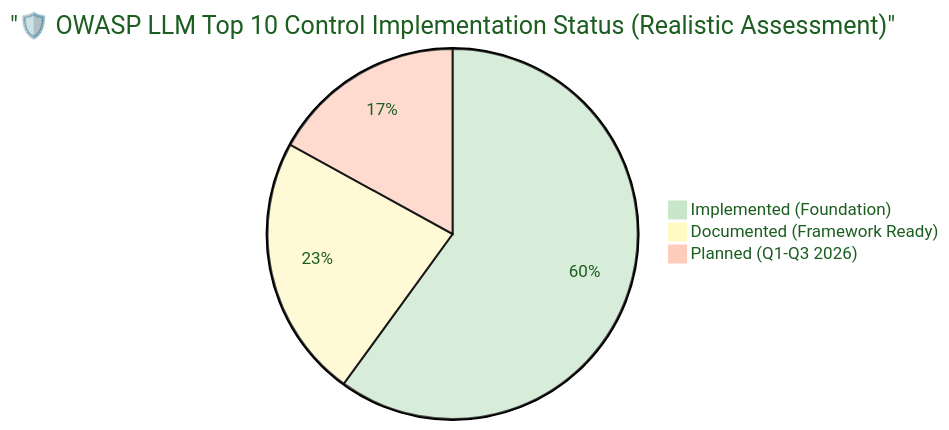
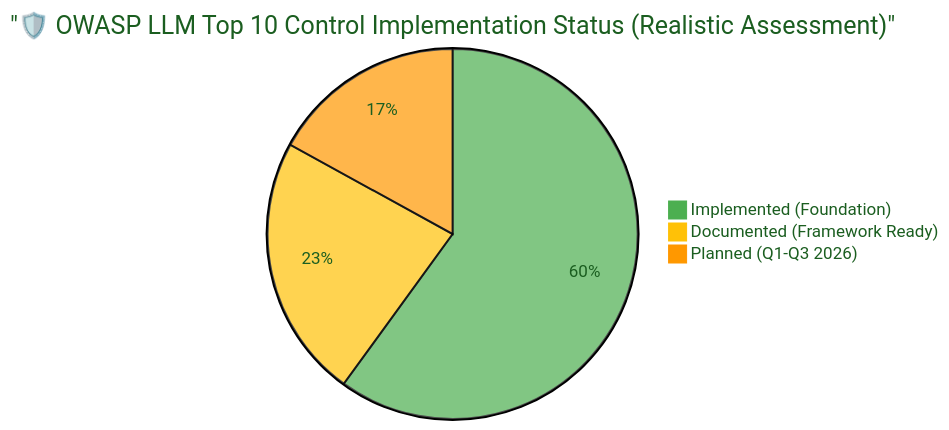
Before and after one commit to Hack23/ISMS-PUBLIC: diagram 14 of 15 in OWASP_LLM_Security_Policy.md, drawn with Mermaid. The commit also changed other lines of this file and 35 other files, not shown here.

````diff
--- a/OWASP_LLM_Security_Policy.md
+++ b/OWASP_LLM_Security_Policy.md
@@ -1984,18 +1397,18 @@
 ```mermaid
 %%{
   init: {
     'theme': 'base',
     'themeVariables': {
-      'primaryColor': '#c8e6c9',
+      'primaryColor': '#4CAF50',
       'primaryTextColor': '#1b5e20',
       'lineColor': '#4caf50',
-      'secondaryColor': '#fff9c4',
-      'tertiaryColor': '#ffccbc'
+      'secondaryColor': '#FFC107',
+      'tertiaryColor': '#FF9800'
     }
   }
 }%%
 pie title "🛡️ OWASP LLM Top 10 Control Implementation Status (Realistic Assessment)"
     "Implemented (Foundation)" : 60
     "Documented (Framework Ready)" : 23
     "Planned (Q1-Q3 2026)" : 17
 ```
````
